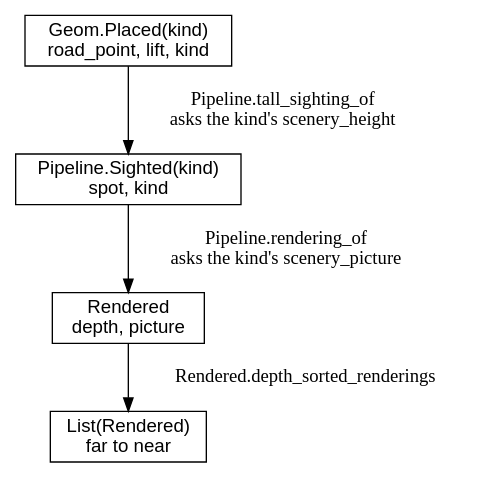
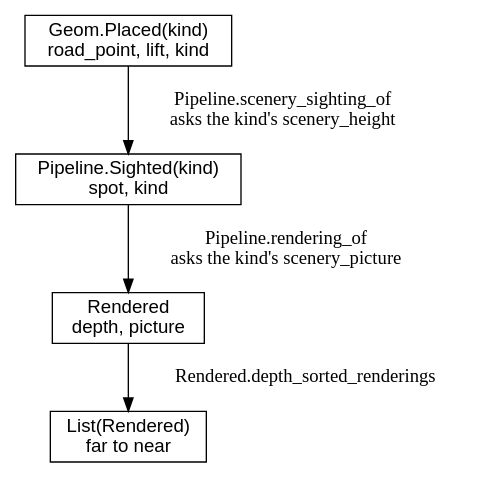
The sixth of 30 diagrams in canvas_apps/safari/tutorial/tutorial.md (showell/roc-apps), drawn with Graphviz before and after one commit. The commit also changed other lines of this file, not shown here.

````diff
--- a/canvas_apps/safari/tutorial/tutorial.md
+++ b/canvas_apps/safari/tutorial/tutorial.md
@@ -386,12 +395,12 @@
 ```dot
 digraph forms {
   node [shape=box, fontname="Helvetica"];
   placed [label="Geom.Placed(kind)\nroad_point, lift, kind"];
   sighted [label="Pipeline.Sighted(kind)\nspot, kind"];
   rendered [label="Rendered\ndepth, picture"];
   sorted [label="List(Rendered)\nfar to near"];
-  placed -> sighted [label="  Pipeline.tall_sighting_of\n  asks the kind's scenery_height"];
+  placed -> sighted [label="  Pipeline.scenery_sighting_of\n  asks the kind's scenery_height"];
   sighted -> rendered [label="  Pipeline.rendering_of\n  asks the kind's scenery_picture"];
   rendered -> sorted [label="  Rendered.depth_sorted_renderings"];
 }
 ```
````
